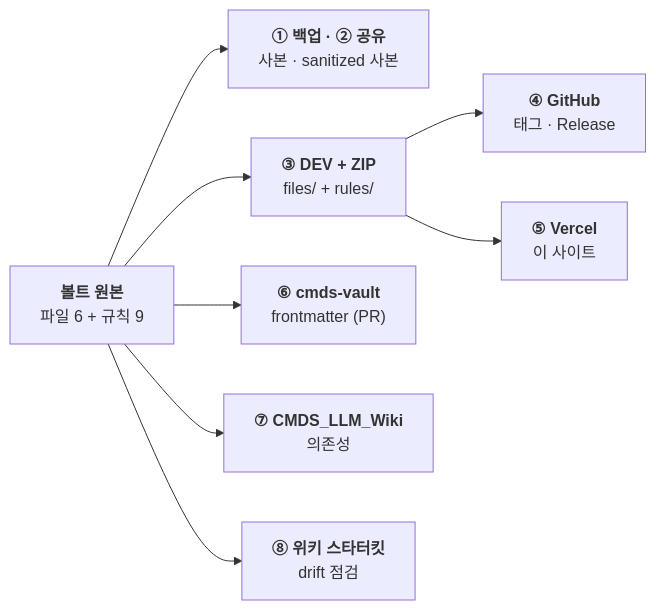
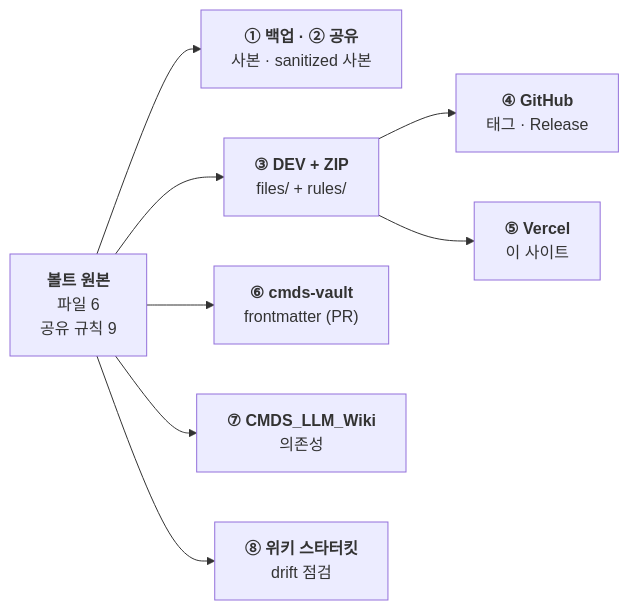
Before and after one commit to johnfkoo951/cmds-system-files: the diagram in diagrams/src/sync-fanout-ko.md, drawn with Mermaid. The commit also changed 20 other files, not shown here.

Commit message:
site: diagrams after reviewer pass (tighter labels, one-sentence captions, who-reads-what as flowchart) + copy refresh

````diff
--- a/diagrams/src/sync-fanout-ko.md
+++ b/diagrams/src/sync-fanout-ko.md
@@ -1,30 +1,31 @@
 ```mermaid
 flowchart LR
 %% @name: sync-fanout-ko
 %% @alt: 볼트 원본 하나가 여덟 곳으로 퍼진다: 볼트 안 백업과 sanitized 공유본, DEV 폴더와 ZIP, 그 폴더에서 나가는 태그·Release 붙인 GitHub push와 이 사이트를 띄우는 Vercel 배포, 그리고 drift를 점검하는 위성 셋 cmds-vault·CMDS_LLM_Wiki·LLM Wiki 스타터킷.
 %% @key: V, B5
 %% @aux: S6, S7, S8
   V["`**볼트 원본**
-파일 6 + 규칙 9`"]
+파일 6
+공유 규칙 9`"]
   B12["`**① 백업 · ② 공유**
 사본 · sanitized 사본`"]
   B3["`**③ DEV + ZIP**
 files/ + rules/`"]
   B4["`**④ GitHub**
 태그 · Release`"]
   B5["`**⑤ Vercel**
 이 사이트`"]
   S6["`**⑥ cmds-vault**
 frontmatter (PR)`"]
   S7["`**⑦ CMDS_LLM_Wiki**
 의존성`"]
   S8["`**⑧ 위키 스타터킷**
 drift 점검`"]
   V --> B12
   V --> B3
   B3 --> B4
   B3 --> B5
   V --> S6
   V --> S7
   V --> S8
 ```
````
